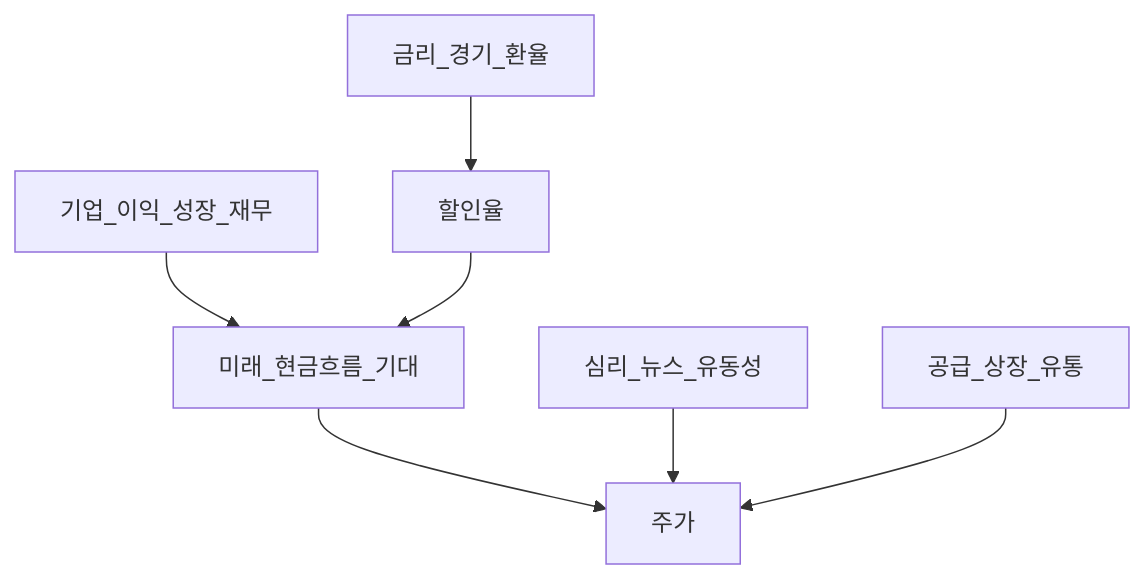
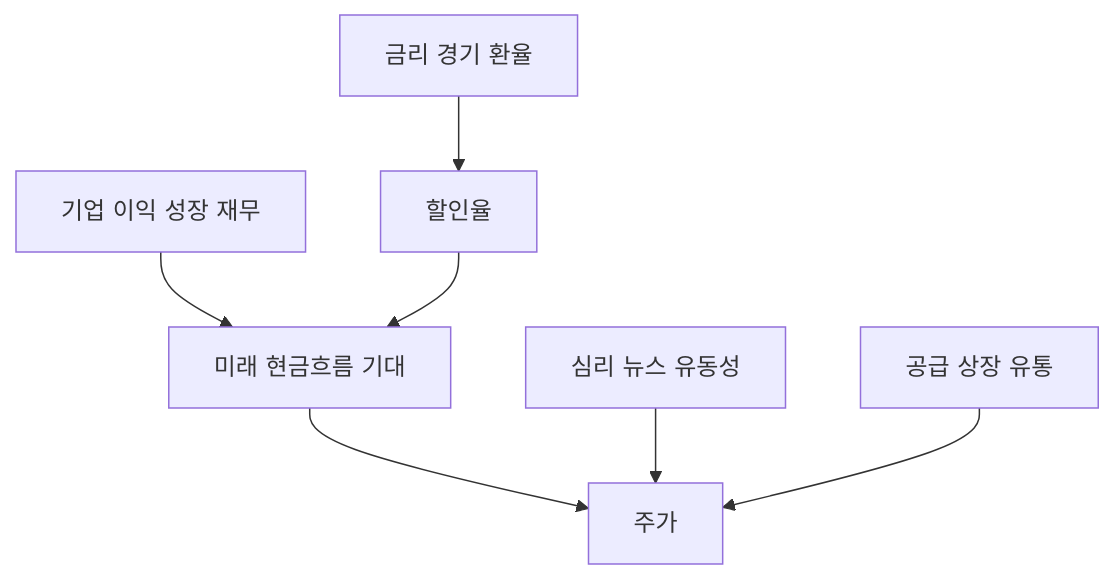
One commit to goldanghenry/Finances changed the first of 2 diagrams in 03-markets/stocks-equities-intro.md. Above: the diagram before and after it, drawn with Mermaid. The commit also changed other lines of this file and 211 other files, not shown here.

````diff
--- a/03-markets/stocks-equities-intro.md
+++ b/03-markets/stocks-equities-intro.md
@@ -104,9 +113,9 @@
 ```mermaid
 flowchart TD
-  Fund[기업_이익_성장_재무] --> CF[미래_현금흐름_기대]
-  Macro[금리_경기_환율] --> Disc[할인율]
+  Fund["기업 이익 성장 재무"] --> CF["미래 현금흐름 기대"]
+  Macro["금리 경기 환율"] --> Disc[할인율]
   Disc --> CF
   CF --> Price[주가]
-  Sent[심리_뉴스_유동성] --> Price
-  Supply[공급_상장_유통] --> Price
+  Sent["심리 뉴스 유동성"] --> Price
+  Supply["공급 상장 유통"] --> Price
 ```
````
